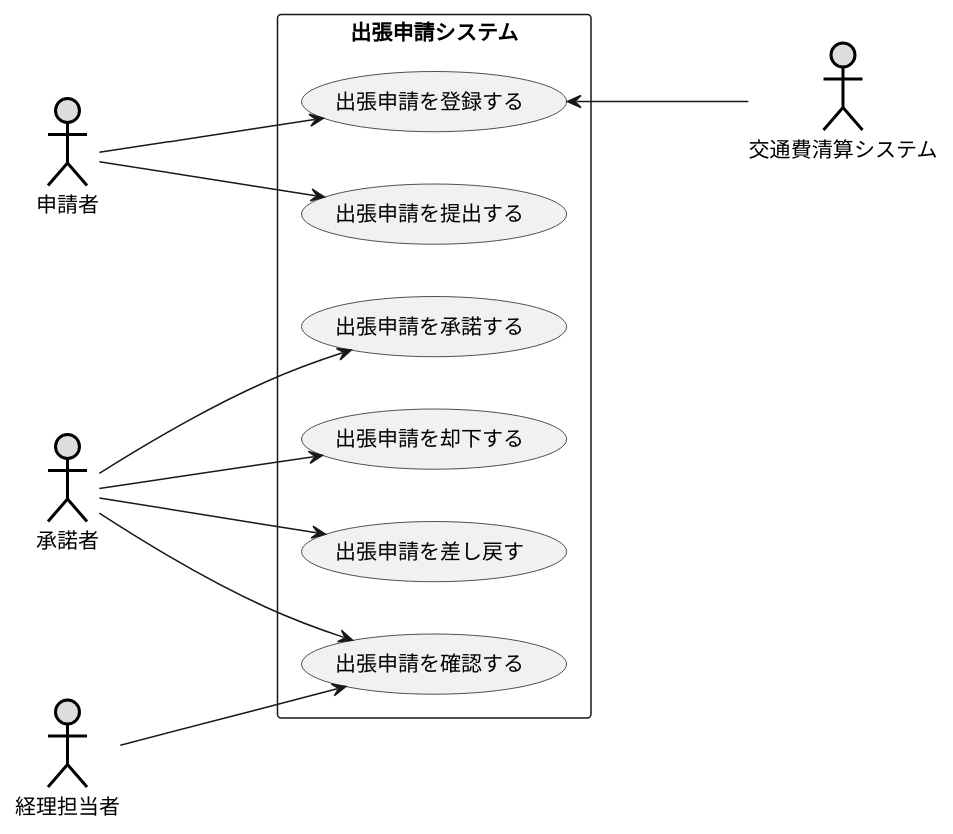
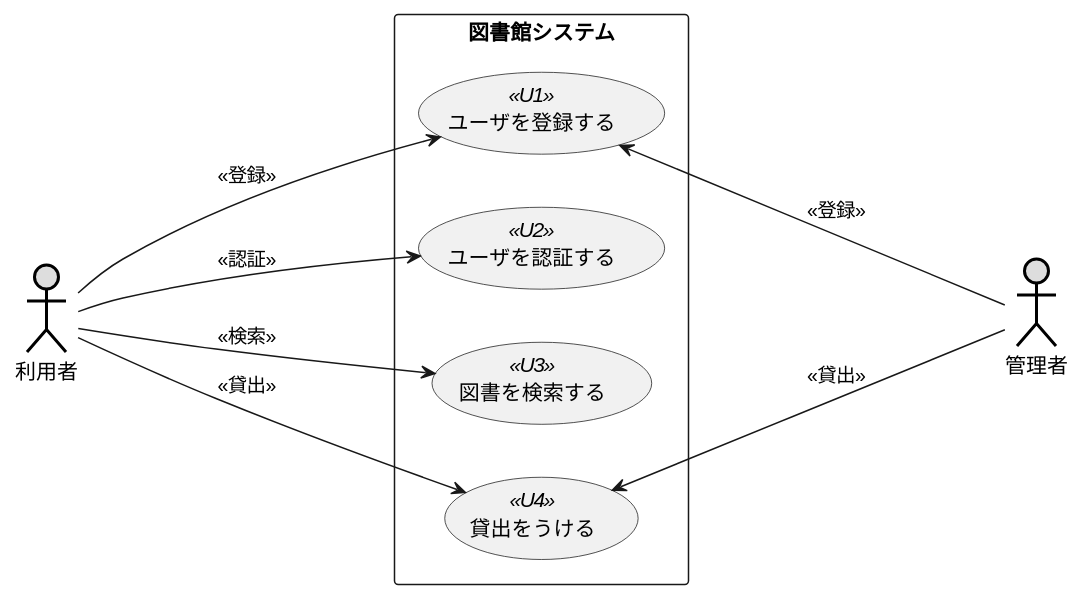
Before and after one commit to Skypeace8585/uml-introduction: the diagram in 例題3_UC_図書館システム.pu, drawn with PlantUML. The commit also changed other lines of this file, not shown here.

```diff
--- a/例題3_UC_図書館システム.pu
+++ b/例題3_UC_図書館システム.pu
@@ -1,24 +1,17 @@
-@startuml
+@startuml 例題3
 left to right direction
-actor 申請者 as user #DDDDDD;line:black;line.bold;
-actor 承諾者 as admin #DDDDDD;line:black;line.bold;
-actor 交通費清算システム as system #DDDDDD;line:black;line.bold;
-actor 経理担当者 as keiri #DDDDDD;line:black;line.bold;
-
-rectangle 出張申請システム {
-usecase 出張申請を登録する as A
-usecase 出張申請を提出する as B
-usecase 出張申請を承諾する as C
-usecase 出張申請を却下する as D
-usecase 出張申請を差し戻す as E
-usecase 出張申請を確認する as F
+actor 利用者 as user #DDDDDD;line:black;line.bold;
+actor 管理者 as admin #DDDDDD;line:black;line.bold;
+rectangle 図書館システム {
+usecase ユーザを登録する as T << U1 >>
+usecase ユーザを認証する << U2 >>
+usecase 図書を検索する << U3 >>
+usecase 貸出をうける << U4 >>
 }
-user---> A
-user---> B
-admin---> C
-admin---> D
-admin---> E
-admin---> F
-keiri---> F
-A <--- system
+user----> T:<< 登録 >>
+user----> ユーザを認証する:<< 認証 >>
+user----> 図書を検索する:<< 検索 >>
+user----> 貸出をうける:<< 貸出 >>
+T <---- admin:<< 登録 >>
+貸出をうける <---- admin:<< 貸出 >>
 @enduml
```
